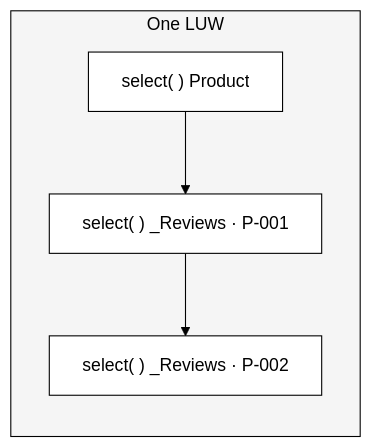
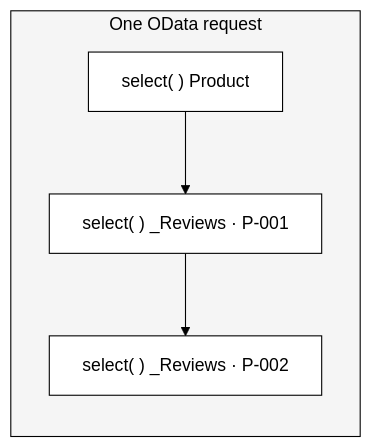
The diagram in pages/32-many-calls-one-luw.md (mariokernich/abapconf2026-custom-entities), drawn with Mermaid (forest theme) before and after one commit. The commit also changed other lines of this file and 4 other files, not shown here.

````diff
--- a/pages/32-many-calls-one-luw.md
+++ b/pages/32-many-calls-one-luw.md
@@ -24,15 +23,15 @@
 ```mermaid {scale: 0.6}
 flowchart TB
-    subgraph LUW["One LUW"]
+    subgraph REQ["One OData request"]
         direction TB
         A["select( ) Product"]
         B["select( ) _Reviews · P-001"]
         C["select( ) _Reviews · P-002"]
     end
     A --> B --> C
 
     classDef box fill:#fff,stroke:#000,color:#000
-    classDef luw fill:#f5f5f5,stroke:#000,color:#000
+    classDef req fill:#f5f5f5,stroke:#000,color:#000
     class A,B,C box
-    class LUW luw
+    class REQ req
 ```
````
